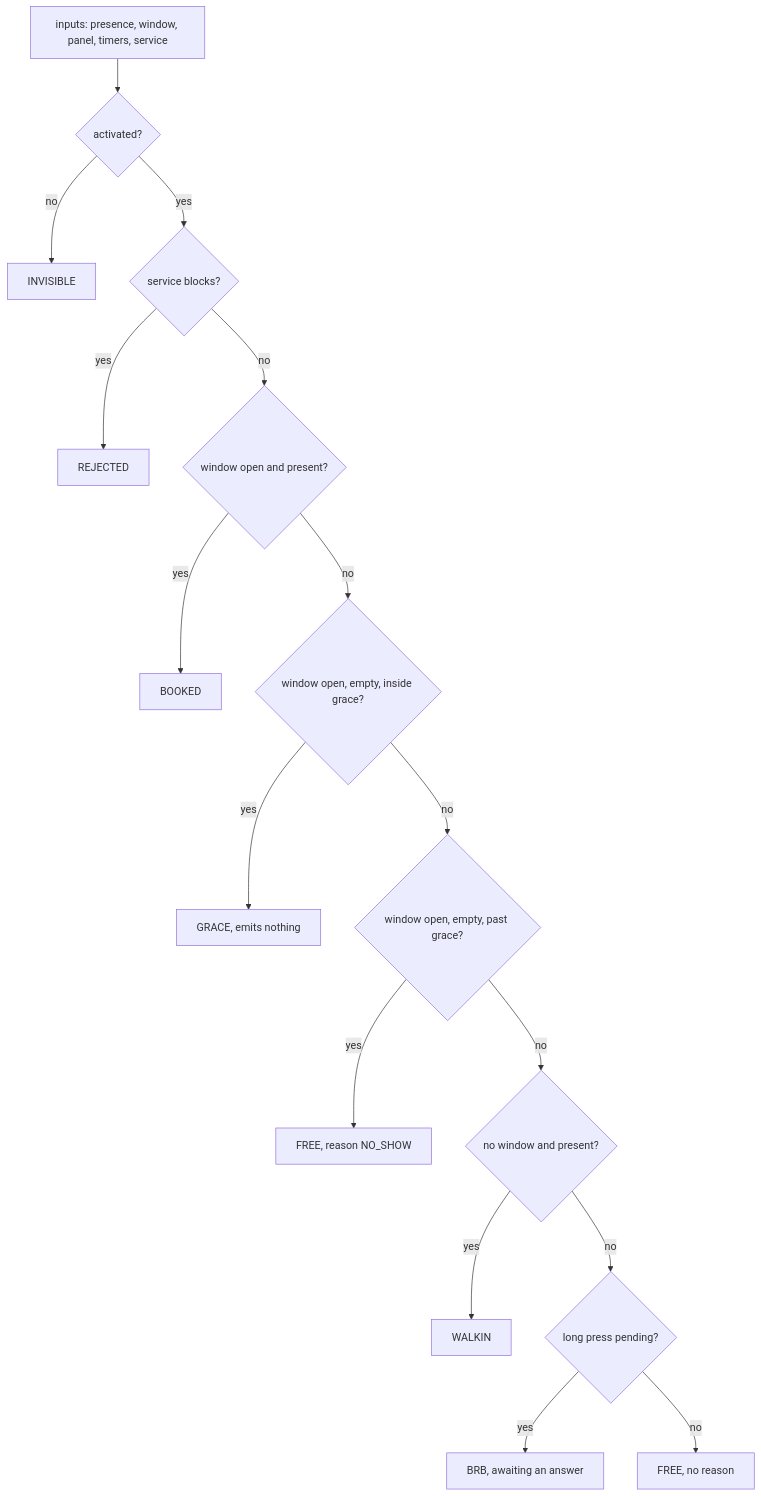
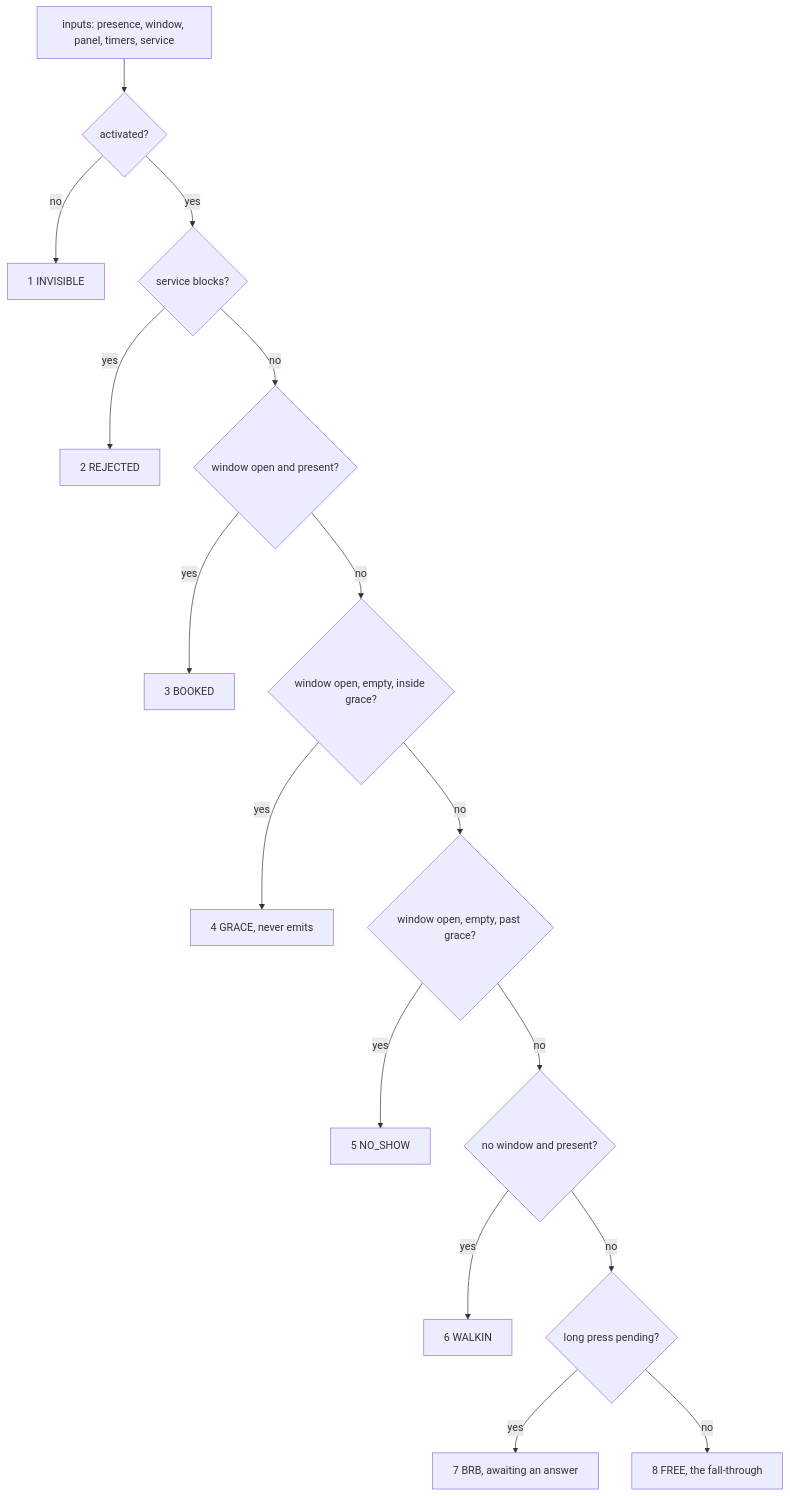
One commit to ambrosiobing/rtos-embedded-linux changed the diagram in projects/02-the-claim/docs/DESIGN.md. Above: the diagram before and after it, drawn with Mermaid. The commit also changed other lines of this file and 1 other file, not shown here.

````diff
--- a/projects/02-the-claim/docs/DESIGN.md
+++ b/projects/02-the-claim/docs/DESIGN.md
@@ -85,18 +103,18 @@
 ```mermaid
 flowchart TD
     A[inputs: presence, window, panel, timers, service] --> B{activated?}
-    B -- no --> I[INVISIBLE]
+    B -- no --> I[1 INVISIBLE]
     B -- yes --> C{service blocks?}
-    C -- yes --> R[REJECTED]
+    C -- yes --> R[2 REJECTED]
     C -- no --> D{window open and present?}
-    D -- yes --> K[BOOKED]
+    D -- yes --> K[3 BOOKED]
     D -- no --> E{window open, empty, inside grace?}
-    E -- yes --> G[GRACE, emits nothing]
+    E -- yes --> G[4 GRACE, never emits]
     E -- no --> F{window open, empty, past grace?}
-    F -- yes --> N[FREE, reason NO_SHOW]
+    F -- yes --> N[5 NO_SHOW]
     F -- no --> H{no window and present?}
-    H -- yes --> W[WALKIN]
+    H -- yes --> W[6 WALKIN]
     H -- no --> J{long press pending?}
-    J -- yes --> P[BRB, awaiting an answer]
-    J -- no --> Z[FREE, no reason]
+    J -- yes --> P[7 BRB, awaiting an answer]
+    J -- no --> Z[8 FREE, the fall-through]
 ```
````
